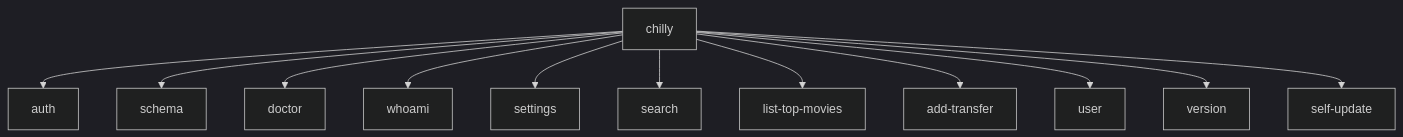
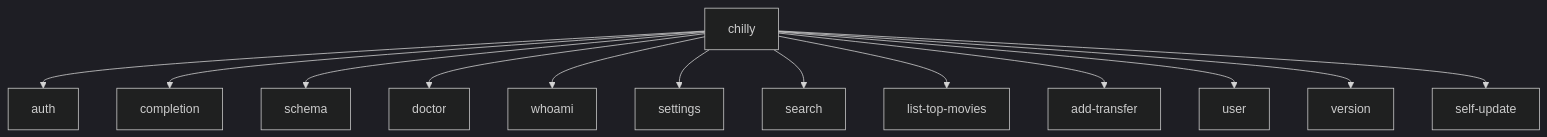
The second of 5 diagrams in docs/ARCHITECTURE.md (chill-institute/chill-institute-cli), drawn with Mermaid (dark theme) before and after one commit. The commit also changed other lines of this file and 1 other file, not shown here.

Commit message:
docs(cli): align architecture and skill wording

````diff
--- a/docs/ARCHITECTURE.md
+++ b/docs/ARCHITECTURE.md
@@ -30,14 +30,15 @@
 ```mermaid
 graph TD
   Root["chilly"] --> Auth["auth"]
+  Root --> Completion["completion"]
   Root --> Schema["schema"]
   Root --> Doctor["doctor"]
   Root --> Whoami["whoami"]
   Root --> Settings["settings"]
   Root --> Search["search"]
   Root --> TopMovies["list-top-movies"]
   Root --> Transfer["add-transfer"]
   Root --> User["user"]
   Root --> Version["version"]
   Root --> SelfUpdate["self-update"]
 ```
````
